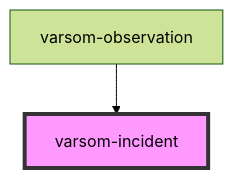
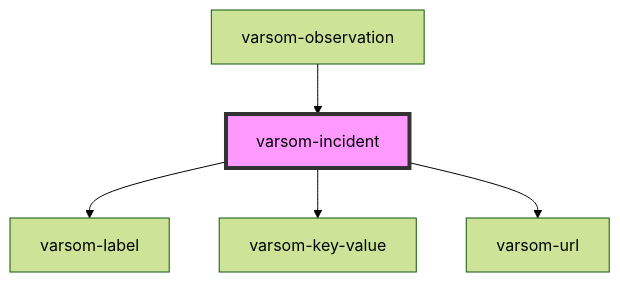
The diagram in observasjonskort/src/components/varsom-incident/readme.md (NVE/varsom-observation), drawn with Mermaid (forest theme) before and after one commit. The commit also changed other lines of this file and 7 other files, not shown here.

````diff
--- a/observasjonskort/src/components/varsom-incident/readme.md
+++ b/observasjonskort/src/components/varsom-incident/readme.md
@@ -53,5 +59,8 @@
 ```mermaid
 graph TD;
+  varsom-incident --> varsom-label
+  varsom-incident --> varsom-key-value
+  varsom-incident --> varsom-url
   varsom-observation --> varsom-incident
   style varsom-incident fill:#f9f,stroke:#333,stroke-width:4px
 ```
````
